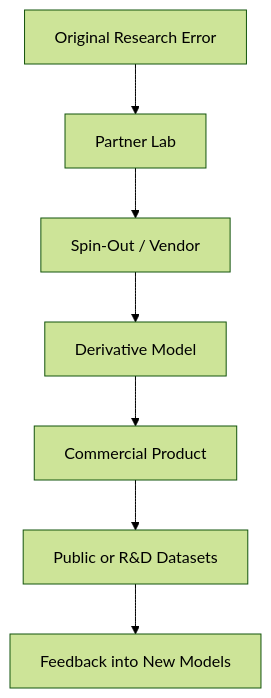
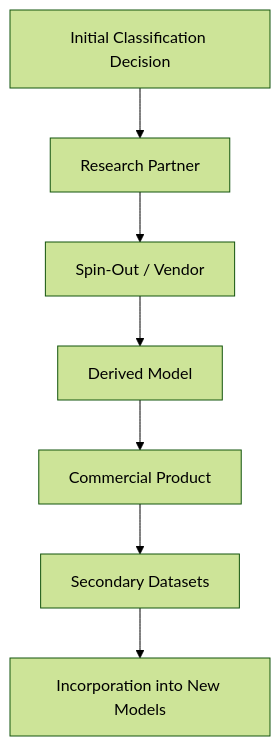
The first of 2 diagrams in Disruption_Kit/Big_Picture_Protocols/🌀_System_Governance/💫_Containment_Logic/⚗️_data_contamination_chain.md (josefsbreakfast/Polaris-Protocol), drawn with Mermaid (forest theme) before and after one commit. The commit also changed other lines of this file, not shown here.

````diff
--- a/Disruption_Kit/Big_Picture_Protocols/🌀_System_Governance/💫_Containment_Logic/⚗️_data_contamination_chain.md
+++ b/Disruption_Kit/Big_Picture_Protocols/🌀_System_Governance/💫_Containment_Logic/⚗️_data_contamination_chain.md
@@ -38,9 +57,9 @@
 ```mermaid
 graph TD
-A[Original Research Error] --> B[Partner Lab]
+A[Initial Classification Decision] --> B[Research Partner]
 B --> C[Spin-Out / Vendor]
-C --> D[Derivative Model]
+C --> D[Derived Model]
 D --> E[Commercial Product]
-E --> F[Public or R&D Datasets]
-F --> G[Feedback into New Models]
+E --> F[Secondary Datasets]
+F --> G[Incorporation into New Models]
 ```
````
